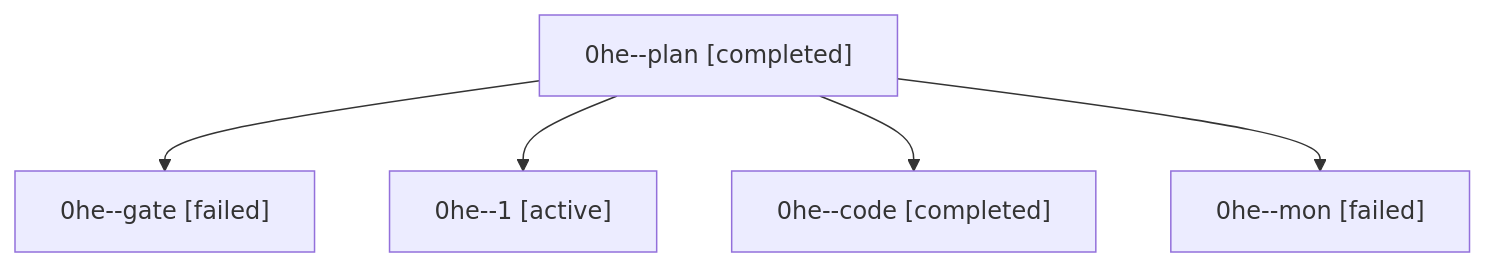
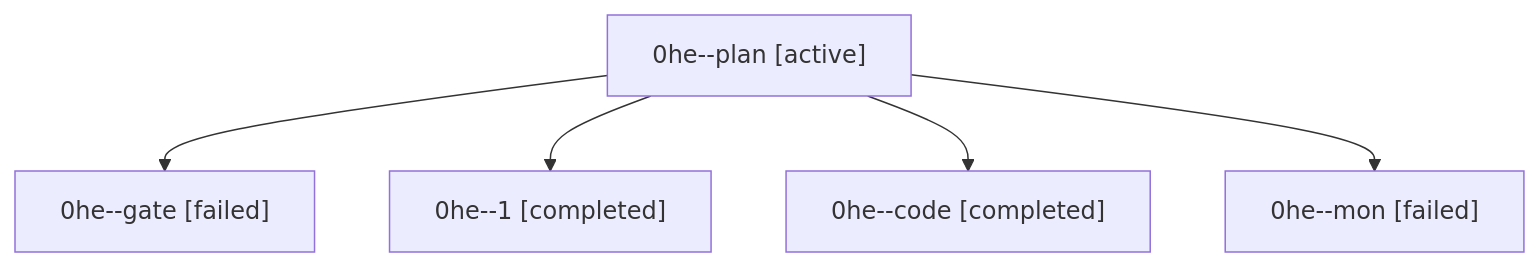
Before and after one commit to sase-org/sase--agents: the diagram in families/bbugyi200.athena.0he.md, drawn with Mermaid. The commit also changed other lines of this file and 35830 other files, not shown here.

````diff
--- a/families/bbugyi200.athena.0he.md
+++ b/families/bbugyi200.athena.0he.md
@@ -9,12 +9,12 @@
 ```mermaid
 flowchart TD
-  n0["0he--plan [completed]"]
+  n0["0he--plan [active]"]
   n1["0he--gate [failed]"]
   n0 --> n1
-  n2["0he--1 [active]"]
+  n2["0he--1 [completed]"]
   n0 --> n2
   n3["0he--code [completed]"]
   n0 --> n3
   n4["0he--mon [failed]"]
   n0 --> n4
 ```
````
